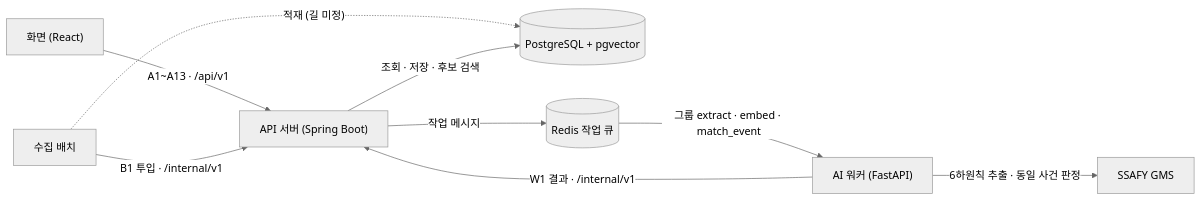
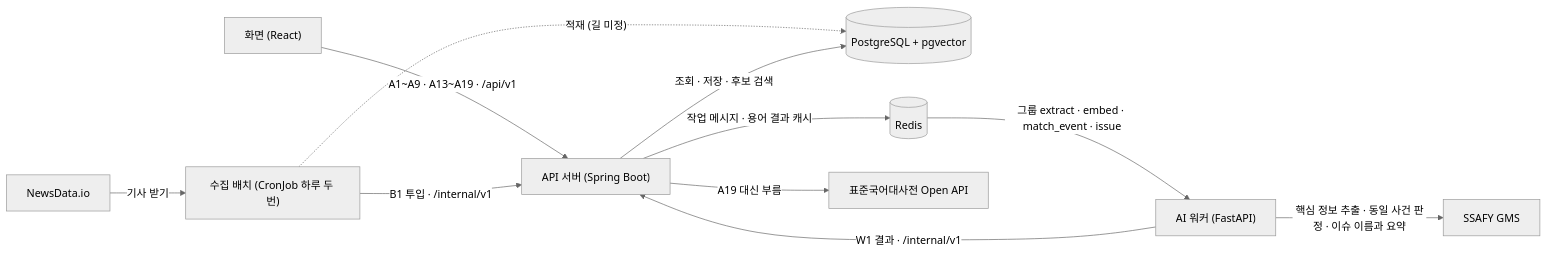
The first of 5 diagrams in docs/api.md (a102-NEWLEARN/NEW-LEARN), drawn with Mermaid (neutral theme) before and after one commit. The commit also changed other lines of this file and 2 other files, not shown here.

First line of the commit message:
docs(common): API 명세 v1 — URL 분석 삭제, 회원 · 용어사전 · ISSUE 단계 · 가지 4개

````diff
--- a/docs/api.md
+++ b/docs/api.md
@@ -18,11 +21,13 @@
 ```mermaid
 flowchart LR
-  FE["화면 (React)"] -- "A1~A13 · /api/v1" --> API["API 서버 (Spring Boot)"]
-  B["수집 배치"] -- "B1 투입 · /internal/v1" --> API
+  FE["화면 (React)"] -- "A1~A9 · A13~A19 · /api/v1" --> API["API 서버 (Spring Boot)"]
+  N["NewsData.io"] -- "기사 받기" --> B["수집 배치 (CronJob 하루 두 번)"]
+  B -- "B1 투입 · /internal/v1" --> API
   B -. "적재 (길 미정)" .-> DB[("PostgreSQL + pgvector")]
   API -- "조회 · 저장 · 후보 검색" --> DB
-  API -- "작업 메시지" --> R[("Redis 작업 큐")]
-  R -- "그룹 extract · embed · match_event" --> W["AI 워커 (FastAPI)"]
+  API -- "작업 메시지 · 용어 결과 캐시" --> R[("Redis")]
+  R -- "그룹 extract · embed · match_event · issue" --> W["AI 워커 (FastAPI)"]
   W -- "W1 결과 · /internal/v1" --> API
-  W -- "6하원칙 추출 · 동일 사건 판정" --> G["SSAFY GMS"]
+  W -- "핵심 정보 추출 · 동일 사건 판정 · 이슈 이름과 요약" --> G["SSAFY GMS"]
+  API -- "A19 대신 부름" --> D["표준국어대사전 Open API"]
 ```
````
